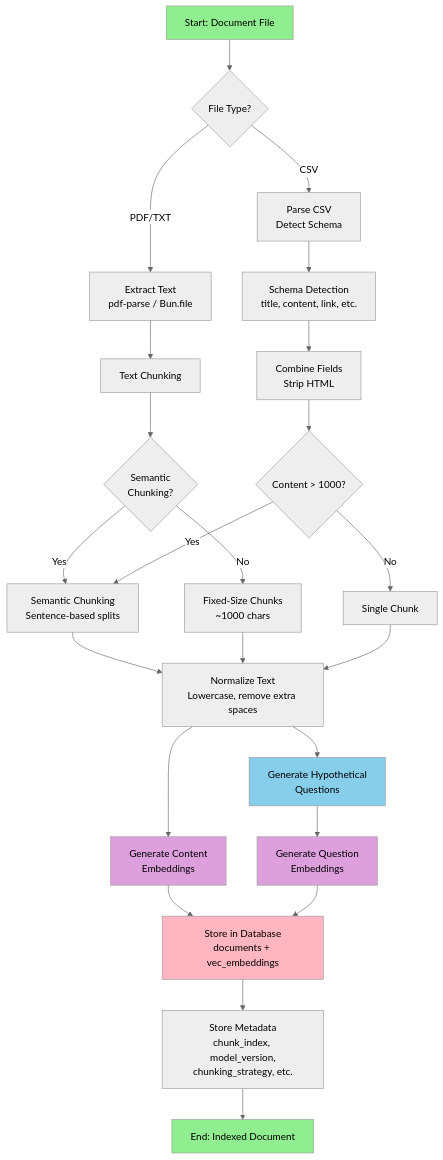
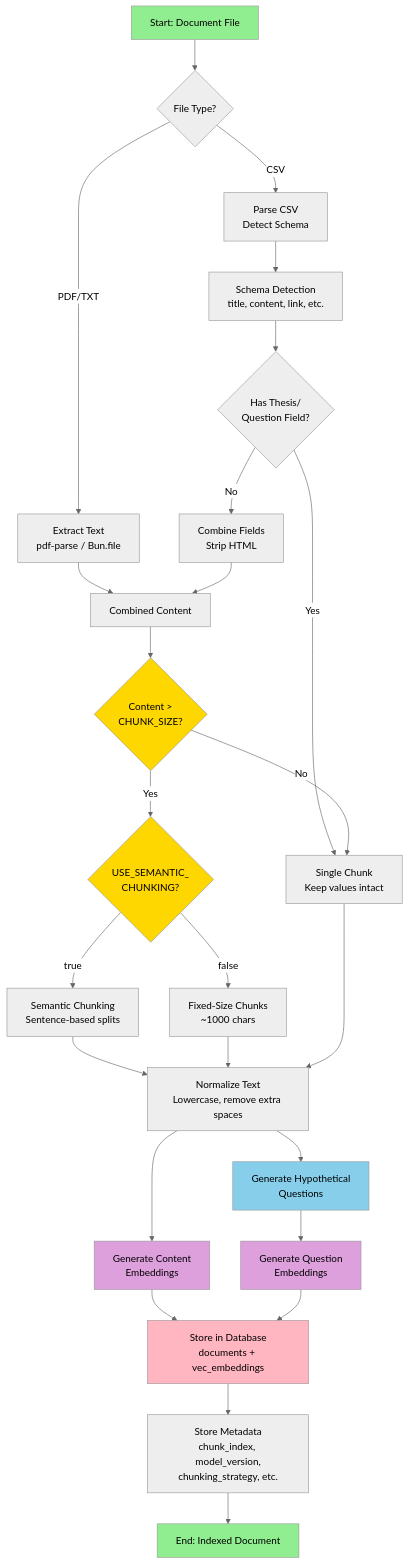
Before and after one commit to weaverwhale/bun-vector-mcp: the second of 5 diagrams in src/frontend/pages/docs/ARCHITECTURE.md, drawn with Mermaid (neutral theme). The commit also changed other lines of this file, not shown here.

Commit message:
Fix architecture diagram

````diff
--- a/src/frontend/pages/docs/ARCHITECTURE.md
+++ b/src/frontend/pages/docs/ARCHITECTURE.md
@@ -90,46 +90,52 @@
 ```mermaid
 flowchart TD
     START[Start: Document File] --> TYPE{File Type?}
-    
+
     TYPE -->|PDF/TXT| EXTRACT[Extract Text<br/>pdf-parse / Bun.file]
     TYPE -->|CSV| PARSECSV[Parse CSV<br/>Detect Schema]
-    
-    EXTRACT --> CHUNK[Text Chunking]
+
+    EXTRACT --> CONTENT[Combined Content]
     PARSECSV --> SCHEMA[Schema Detection<br/>title, content, link, etc.]
-    
-    CHUNK --> SEMANTIC{Semantic<br/>Chunking?}
-    SEMANTIC -->|Yes| SEMCHUNK[Semantic Chunking<br/>Sentence-based splits]
-    SEMANTIC -->|No| FIXCHUNK[Fixed-Size Chunks<br/>~1000 chars]
-    
-    SCHEMA --> COMBINE[Combine Fields<br/>Strip HTML]
-    COMBINE --> CSVCHUNK{Content > 1000?}
-    CSVCHUNK -->|Yes| SEMCHUNK
-    CSVCHUNK -->|No| SINGLE[Single Chunk]
-    
+
+    SCHEMA --> THESIS{Has Thesis/<br/>Question Field?}
+    THESIS -->|Yes| SINGLE[Single Chunk<br/>Keep values intact]
+    THESIS -->|No| COMBINE[Combine Fields<br/>Strip HTML]
+
+    COMBINE --> CONTENT
+    CONTENT --> LENGTH{Content ><br/>CHUNK_SIZE?}
+
+    LENGTH -->|No| SINGLE
+    LENGTH -->|Yes| SEMANTIC{USE_SEMANTIC_<br/>CHUNKING?}
+
+    SEMANTIC -->|true| SEMCHUNK[Semantic Chunking<br/>Sentence-based splits]
+    SEMANTIC -->|false| FIXCHUNK[Fixed-Size Chunks<br/>~1000 chars]
+
     SEMCHUNK --> NORMALIZE
     FIXCHUNK --> NORMALIZE
     SINGLE --> NORMALIZE
-    
+
     NORMALIZE[Normalize Text<br/>Lowercase, remove extra spaces]
-    
+
     NORMALIZE --> CEMBED[Generate Content<br/>Embeddings]
     NORMALIZE --> QGEN[Generate Hypothetical<br/>Questions]
-    
+
     QGEN --> QEMBED[Generate Question<br/>Embeddings]
-    
+
     CEMBED --> STORE
     QEMBED --> STORE
-    
+
     STORE[Store in Database<br/>documents + vec_embeddings]
-    
+
     STORE --> META[Store Metadata<br/>chunk_index, model_version,<br/>chunking_strategy, etc.]
-    
+
     META --> END[End: Indexed Document]
-    
+
     style START fill:#90EE90
     style END fill:#90EE90
     style STORE fill:#FFB6C1
     style CEMBED fill:#DDA0DD
     style QEMBED fill:#DDA0DD
     style QGEN fill:#87CEEB
+    style SEMANTIC fill:#FFD700
+    style LENGTH fill:#FFD700
 ```
````
